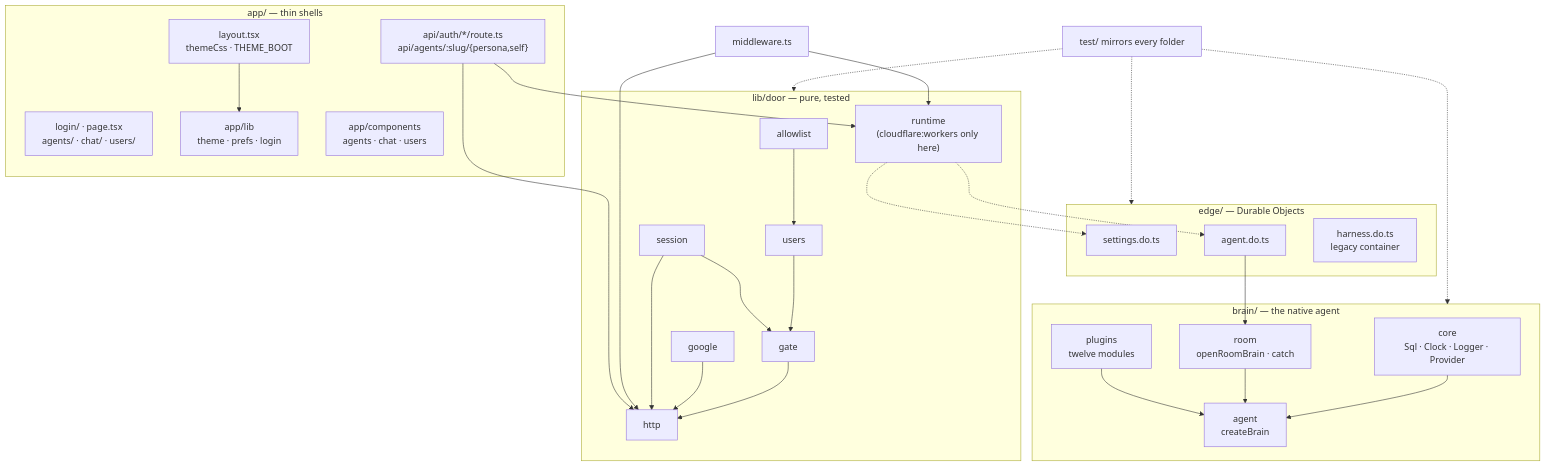
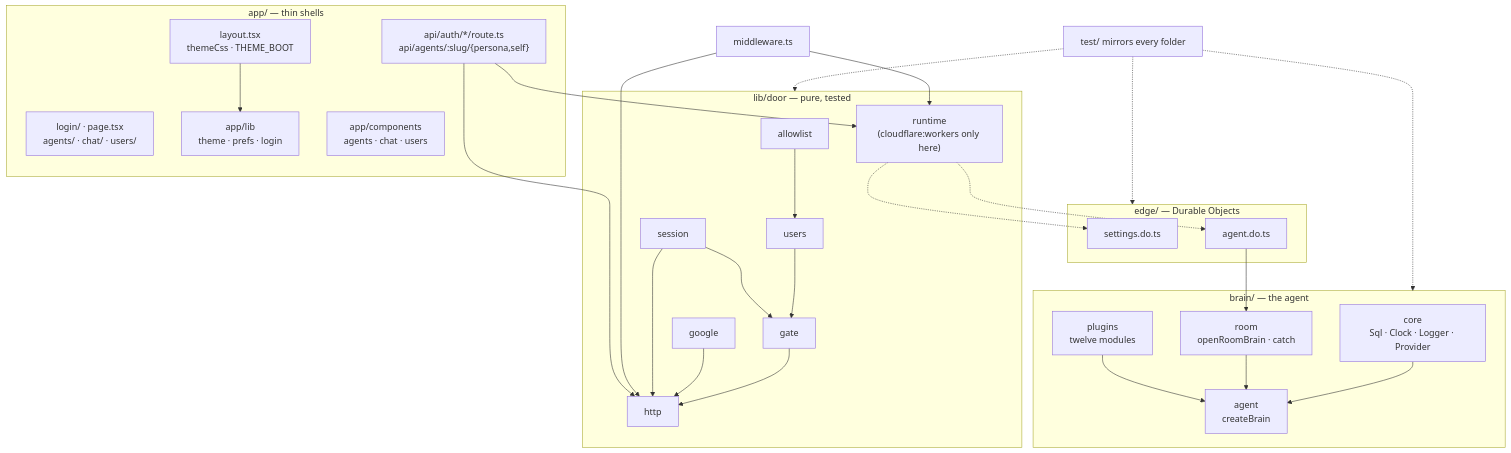
One commit to shotah/gantree2 changed diagram 11 of 11 in docs/architecture.md. Above: the diagram before and after it, drawn with Mermaid. The commit also changed other lines of this file and 115 other files, not shown here.

````diff
--- a/docs/architecture.md
+++ b/docs/architecture.md
@@ -420,40 +389,39 @@
 ```mermaid
 flowchart TB
   subgraph app["app/ — thin shells"]
     LAYOUT[layout.tsx<br/>themeCss · THEME_BOOT]
     PAGES["login/ · page.tsx<br/>agents/ · chat/ · users/"]
     API["api/auth/*/route.ts<br/>api/agents/:slug/{persona,self}"]
     ALIB["app/lib<br/>theme · prefs · login"]
     COMP["app/components<br/>agents · chat · users"]
   end
   subgraph door["lib/door — pure, tested"]
     ALLOW[allowlist] --> USERS[users] --> GATE[gate] --> HTTP[http]
     GOOGLE[google] --> HTTP
     SESSION[session] --> GATE
     SESSION --> HTTP
     RT["runtime<br/>(cloudflare:workers only here)"]
   end
-  subgraph brain["brain/ — the native agent"]
+  subgraph brain["brain/ — the agent"]
     CORE[core<br/>Sql · Clock · Logger · Provider]
     LOOP[agent<br/>createBrain]
     ROOM[room<br/>openRoomBrain · catch]
     PLUG[plugins<br/>twelve modules]
     CORE --> LOOP
     ROOM --> LOOP
     PLUG --> LOOP
   end
   subgraph edge["edge/ — Durable Objects"]
     SDO[settings.do.ts]
     ADO[agent.do.ts]
-    HDO[harness.do.ts<br/>legacy container]
   end
   MW[middleware.ts] --> HTTP
   MW --> RT
   API --> HTTP
   API --> RT
   RT -.-> SDO
   RT -.-> ADO
   ADO --> ROOM
   LAYOUT --> ALIB
   TEST["test/ mirrors every folder"] -.-> door & brain & edge
 ```
````
